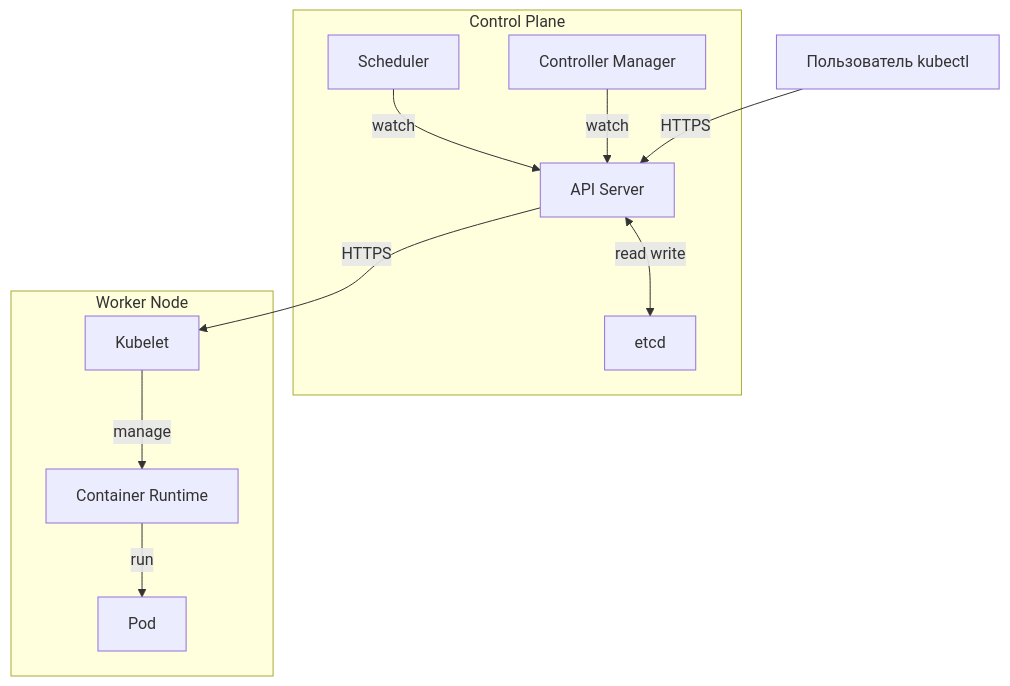
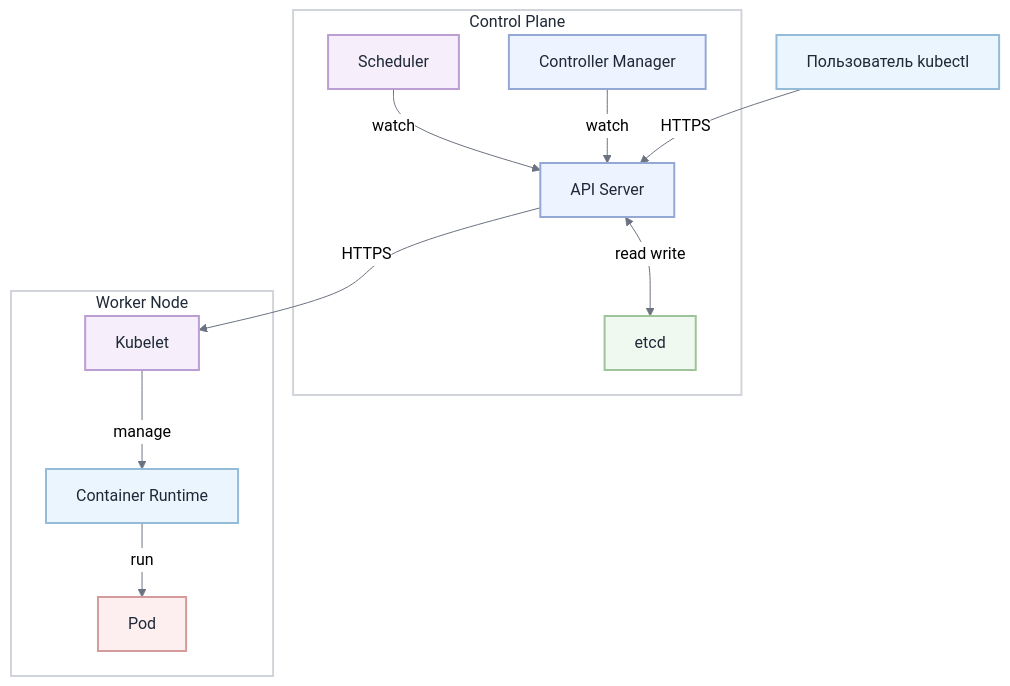
The second of 3 diagrams in docs/interview/docker-kubernetes.md (MishaSytch/middle_java_back), drawn with Mermaid before and after one commit. The commit also changed other lines of this file and 15 other files, not shown here.

````diff
--- a/docs/interview/docker-kubernetes.md
+++ b/docs/interview/docker-kubernetes.md
@@ -171,22 +192,42 @@
 ```mermaid
+%%{init: { 'theme': 'neutral', 'themeVariables': { 'primaryColor': '#ffffff', 'primaryTextColor': '#1f2937', 'lineColor': '#6b7280', 'primaryBorderColor': '#d1d5db', 'secondaryColor': '#f3f4f6', 'tertiaryColor': '#e5e7eb' } } }%%
 graph TB
     User[Пользователь kubectl]
     subgraph CP[Control Plane]
         API[API Server]
         etcd[etcd]
         Sched[Scheduler]
         CM[Controller Manager]
         API <-->|read write| etcd
         Sched -->|watch| API
         CM -->|watch| API
     end
     subgraph Worker[Worker Node]
         Kubelet[Kubelet]
         Runtime[Container Runtime]
         Pod[Pod]
         Kubelet -->|manage| Runtime
         Runtime -->|run| Pod
     end
     User -->|HTTPS| API
     API -->|HTTPS| Kubelet
+    classDef n0 fill:#eaf5fd,stroke:#94bcd8,stroke-width:2px,color:#1f2937
+    classDef n1 fill:#eef4ff,stroke:#93a8d4,stroke-width:2px,color:#1f2937
+    classDef n2 fill:#f0f9ef,stroke:#9dc49a,stroke-width:2px,color:#1f2937
+    classDef n3 fill:#ffffff,stroke:#d1d5db,stroke-width:2px,color:#1f2937
+    classDef n4 fill:#f6eefa,stroke:#bb9ed4,stroke-width:2px,color:#1f2937
+    classDef n5 fill:#fdeef0,stroke:#d49a9c,stroke-width:2px,color:#1f2937
+    classDef n6 fill:#eaf5fd,stroke:#94bcd8,stroke-width:2px,color:#1f2937
+    classDef n7 fill:#fdf9e8,stroke:#d4c38a,stroke-width:2px,color:#1f2937
+    classDef n8 fill:#f0f9ef,stroke:#9dc49a,stroke-width:2px,color:#1f2937
+    class User n0
+    class API n1
+    class etcd n2
+    class Sched n4
+    class CM n1
+    class CP n3
+    class Kubelet n4
+    class Runtime n6
+    class Pod n5
+    class Worker n3
 ```
````
